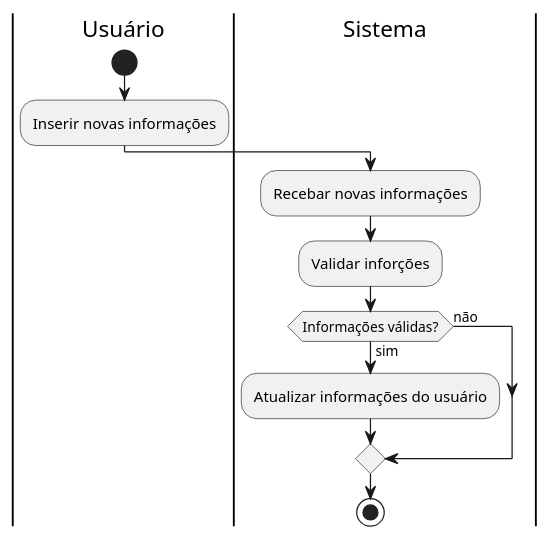
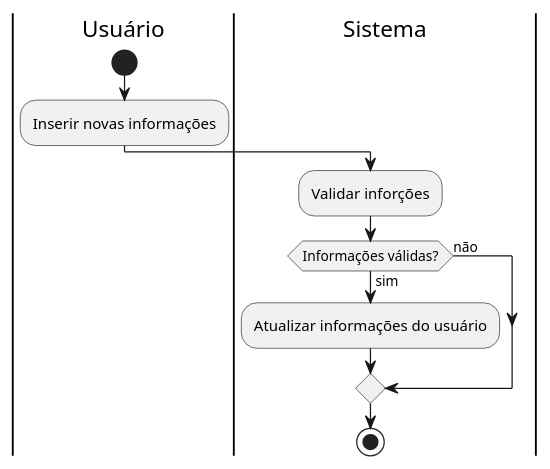
The diagram in specs/diagrams/classes/metodos/usuario/editar.puml (araujofs/sst), drawn with PlantUML before and after one commit. The commit also changed 9 other files, not shown here.

```diff
--- a/specs/diagrams/classes/metodos/usuario/editar.puml
+++ b/specs/diagrams/classes/metodos/usuario/editar.puml
@@ -1,19 +1,18 @@
 @startuml editar 
 |Usuário|
 start
 
 :Inserir novas informações;
 
 |Sistema|
-:Recebar novas informações;
 :Validar inforções;
 
 if (Informações válidas?) then (sim)
   :Atualizar informações do usuário;
 else (não)
 endif
 
 stop
 
 
 @enduml 
```
